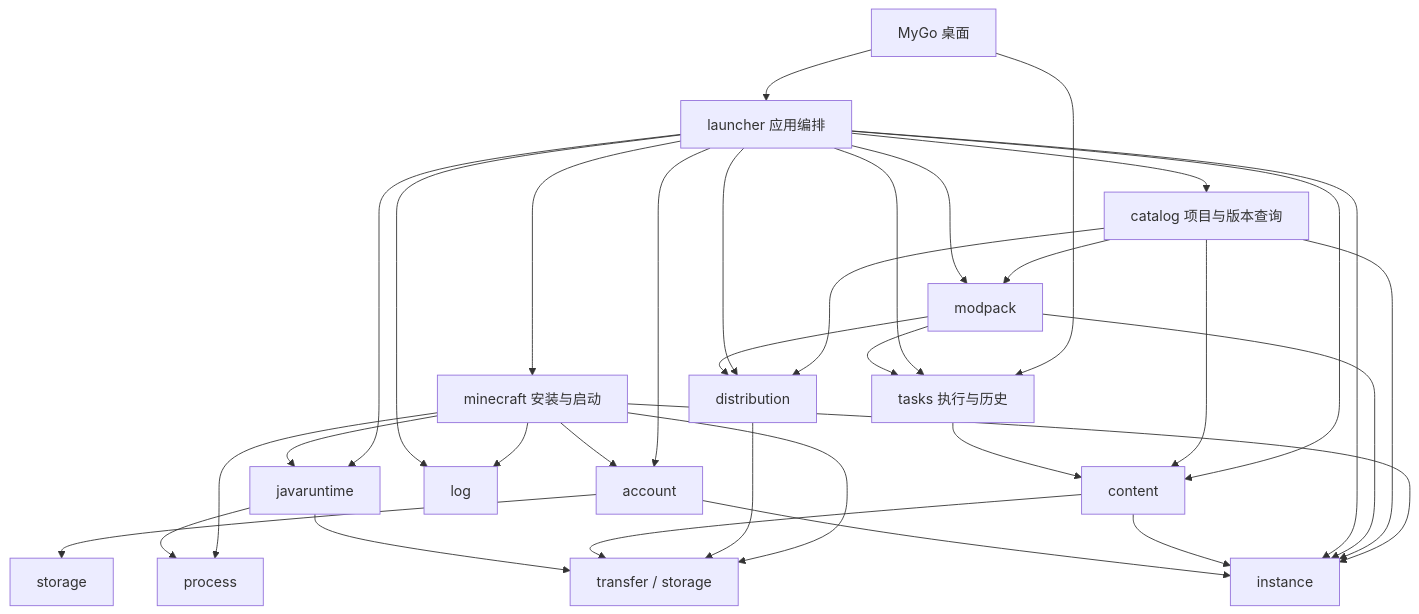
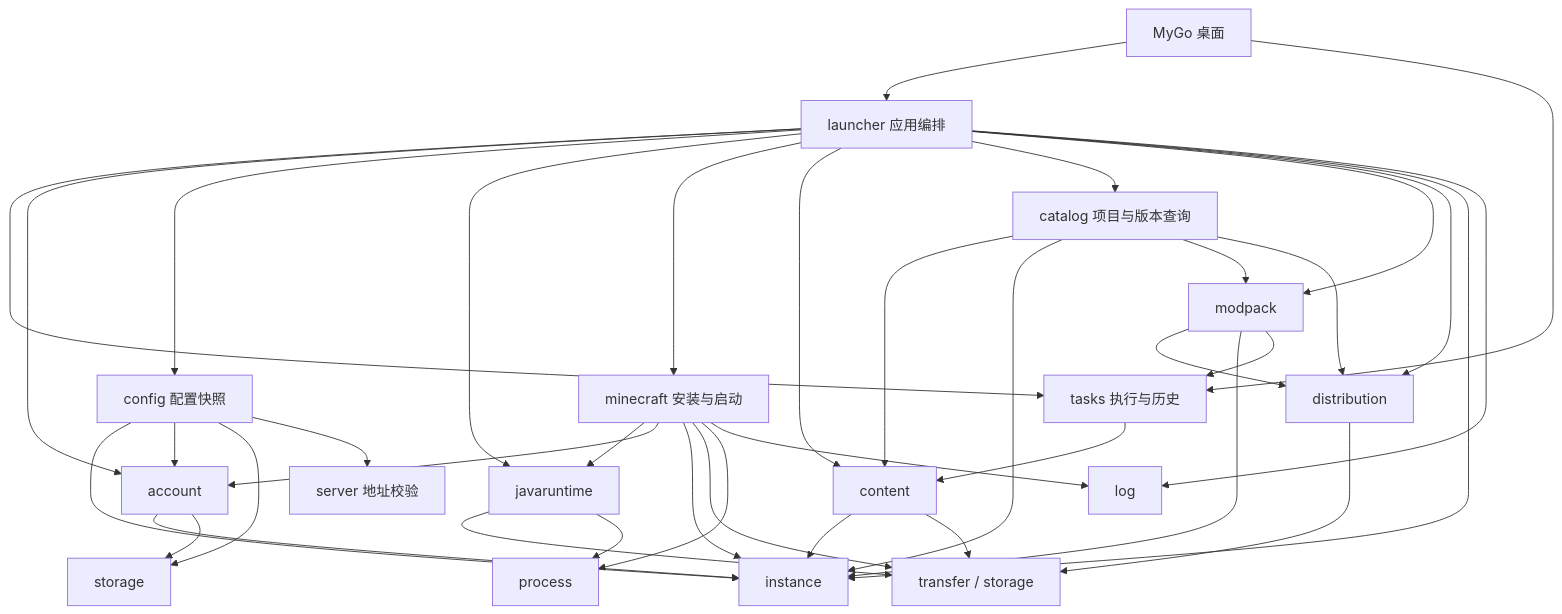
Before and after one commit to CAUCraft/LXMCL: the diagram in docs/architecture.md, drawn with Mermaid. The commit also changed other lines of this file and 27 other files, not shown here.

Commit message:
refactor(config): isolate snapshots and instance allocation

````diff
--- a/docs/architecture.md
+++ b/docs/architecture.md
@@ -29,36 +30,41 @@
 ```mermaid
 flowchart TD
     UI[MyGo 桌面] --> Launcher[launcher 应用编排]
     UI --> Tasks[tasks 执行与历史]
     Launcher --> Tasks
     Launcher --> Account[account]
+    Launcher --> Config[config 配置快照]
+    Config --> Instance
+    Config --> Account
+    Config --> Storage
+    Config --> Server[server 地址校验]
     Launcher --> Java[javaruntime]
     Launcher --> Minecraft[minecraft 安装与启动]
     Minecraft --> Java
     Minecraft --> Account
     Minecraft --> Instance
     Minecraft --> Transfer
     Minecraft --> Process
     Minecraft --> Logs
     Launcher --> Content[content]
     Launcher --> Catalog[catalog 项目与版本查询]
     Catalog --> Content
     Catalog --> Instance
     Catalog --> Modpack
     Catalog --> Distribution
     Launcher --> Modpack[modpack]
     Launcher --> Distribution[distribution]
     Modpack --> Distribution
     Modpack --> Instance
     Modpack --> Tasks
     Distribution --> Transfer
     Launcher --> Instance[instance]
     Tasks --> Content
     Content --> Instance
     Content --> Transfer[transfer / storage]
     Java --> Transfer
     Java --> Process[process]
     Account --> Instance
     Account --> Storage[storage]
     Launcher --> Logs[log]
 ```
````
